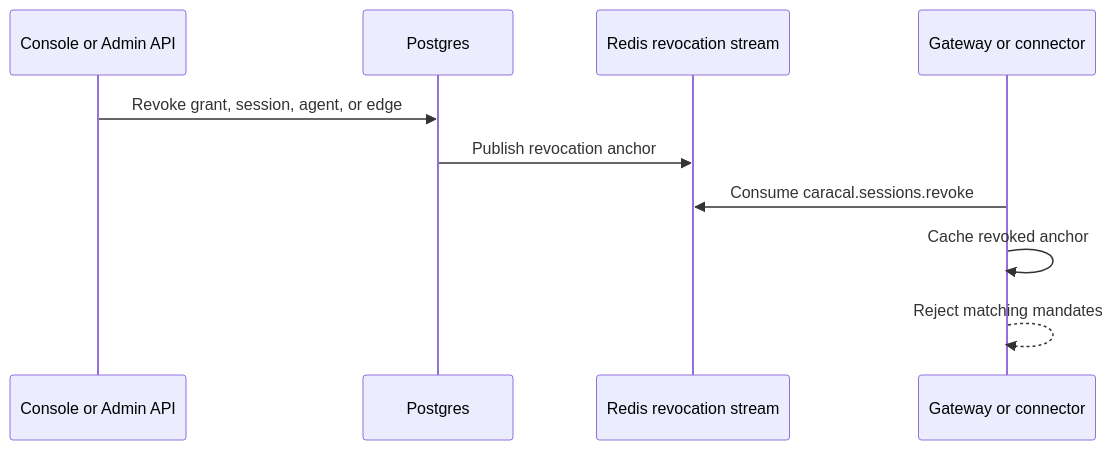
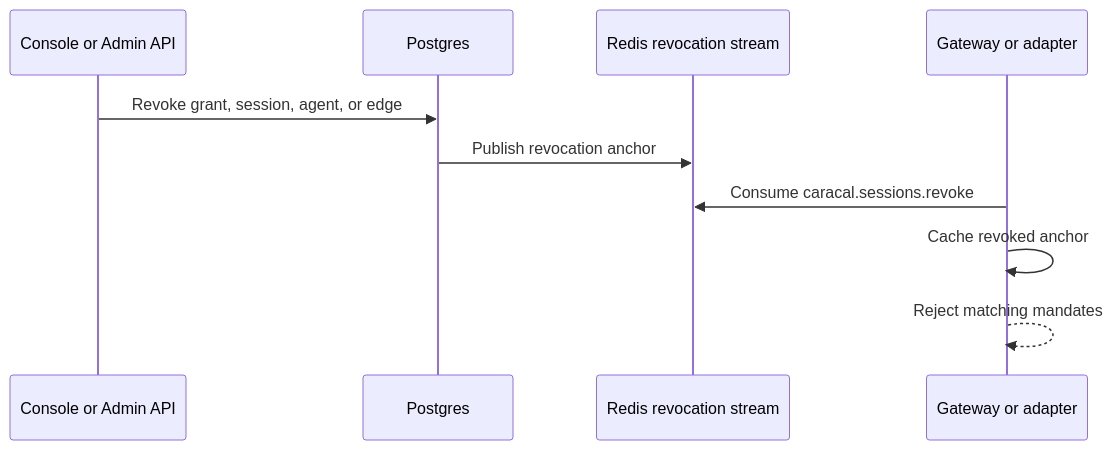
Before and after one commit to Garudex-Labs/caracal: the diagram in docs/src/content/docs/concepts/sessions-revocation.mdx, drawn with Mermaid. The commit also changed other lines of this file and 7 other files, not shown here.

Commit message:
refactor: update documentation to replace 'connector' with 'adapter' terminology across multiple concepts and guides

````diff
--- a/docs/src/content/docs/concepts/sessions-revocation.mdx
+++ b/docs/src/content/docs/concepts/sessions-revocation.mdx
@@ -31,13 +31,13 @@
 ```mermaid
 sequenceDiagram
   participant Control as Console or Admin API
   participant Store as Postgres
   participant Stream as Redis revocation stream
-  participant Resource as Gateway or connector
+  participant Resource as Gateway or adapter
 
   Control->>Store: Revoke grant, session, agent, or edge
   Store->>Stream: Publish revocation anchor
   Resource->>Stream: Consume caracal.sessions.revoke
   Resource->>Resource: Cache revoked anchor
   Resource-->>Resource: Reject matching mandates
 ```
````
